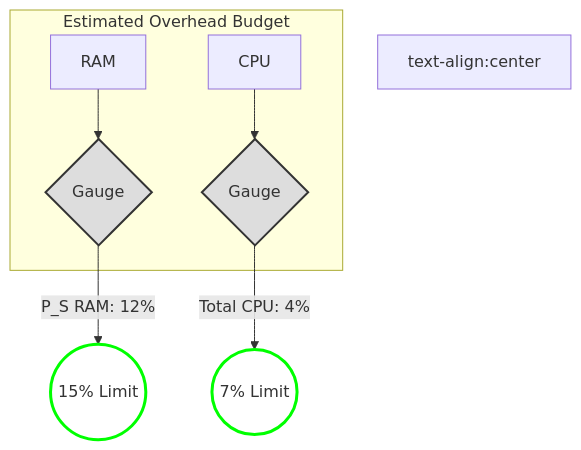
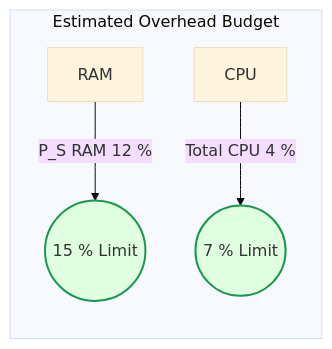
One commit to deepaucksharma/newrelic-performance-schema-optimization changed the third of 3 diagrams in MySQL-PSQL.md. Above: the diagram before and after it, drawn with Mermaid. The commit also changed other lines of this file, not shown here.

````diff
--- a/MySQL-PSQL.md
+++ b/MySQL-PSQL.md
@@ -201,13 +209,14 @@
 ```mermaid
-graph TD
+%%{init: { 'theme':'base' }}%%
+flowchart LR
     subgraph "Estimated Overhead Budget"
-        RAM --> RGauge{Gauge};
-        CPU --> CGauge{Gauge};
+        RAM[RAM] -->|P_S RAM 12 %| RAM_LIMIT((15 % Limit))
+        CPU[CPU] -->|Total CPU 4 %| CPU_LIMIT((7 % Limit))
     end
-    style RGauge fill:#ddd,stroke:#333,stroke-width:2px; text-align:center;
-    style CGauge fill:#ddd,stroke:#333,stroke-width:2px; text-align:center;
-    RGauge -- "P_S RAM: 12%" --> RLimit((15% Limit));
-    CGauge -- "Total CPU: 4%" --> CLimit((7% Limit));
-    style RLimit fill:none,stroke:#0f0,stroke-width:3px;
-    style CLimit fill:none,stroke:#0f0,stroke-width:3px;
+
+    classDef ok fill:#e0ffe0,stroke:#1a9850,stroke-width:2px;
+    classDef warn fill:#ffe0e0,stroke:#d73027,stroke-width:2px;
+
+    class RAM_LIMIT,CPU_LIMIT ok
+
 ```
````
